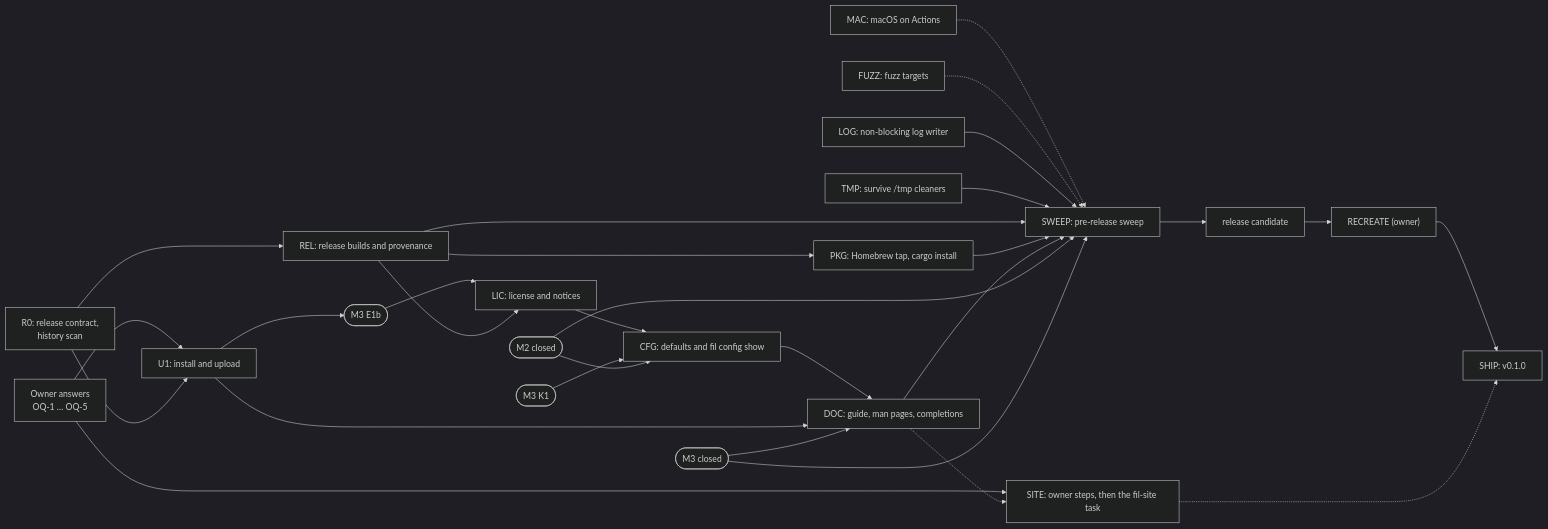
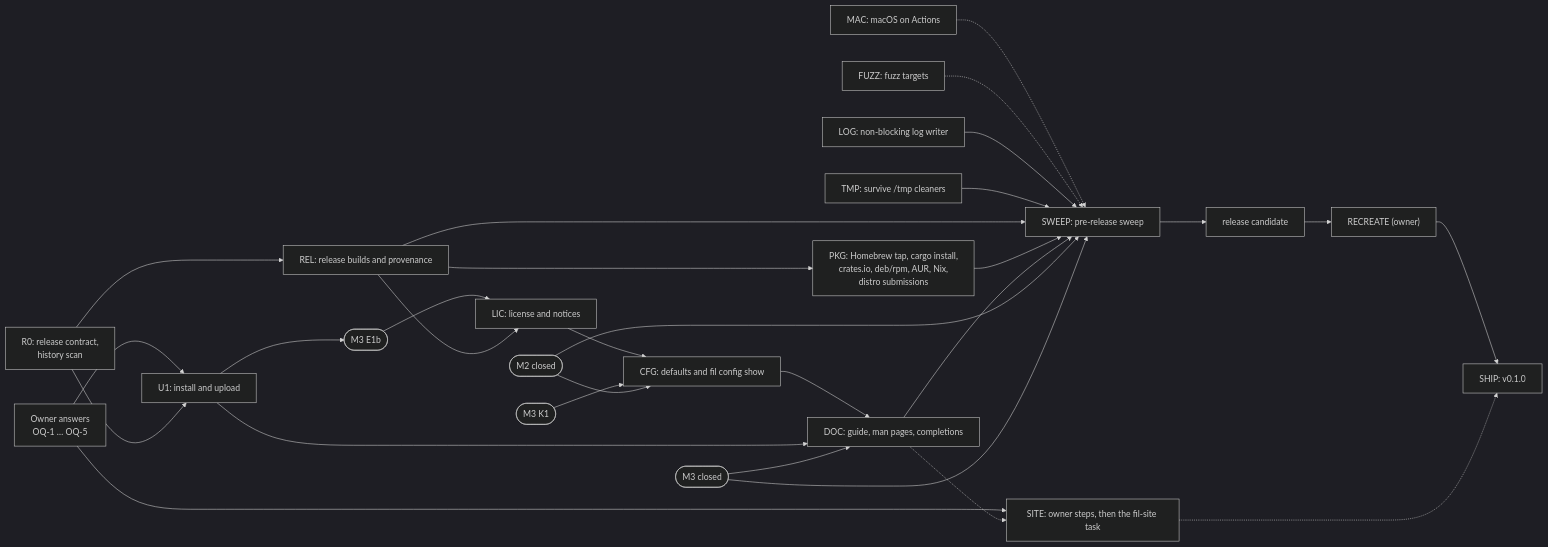
Before and after one commit to anthonytw/fil: the diagram in docs/m4/plan.md, drawn with Mermaid (dark theme). The commit also changed other lines of this file and 6 other files, not shown here.

````diff
--- a/docs/m4/plan.md
+++ b/docs/m4/plan.md
@@ -181,43 +181,43 @@
 ```mermaid
 %%{init: {"flowchart": {"wrappingWidth": 260}}}%%
 flowchart LR
   OQ["Owner answers<br/>OQ-1 … OQ-5"]
   R0["R0: release contract,<br/>history scan"]
   U1["U1: install and upload"]
   MAC["MAC: macOS on Actions"]
   REL["REL: release builds and provenance"]
   FUZZ["FUZZ: fuzz targets"]
   LOG["LOG: non-blocking log writer"]
   TMP["TMP: survive /tmp cleaners"]
   E1b(["M3 E1b"])
   K1(["M3 K1"])
   LIC["LIC: license and notices"]
-  PKG["PKG: Homebrew tap, cargo install"]
+  PKG["PKG: Homebrew tap, cargo install,<br/>crates.io, deb/rpm, AUR, Nix,<br/>distro submissions"]
   CFG["CFG: defaults and fil config show"]
   DOC["DOC: guide, man pages, completions"]
   M2C(["M2 closed"])
   M3C(["M3 closed"])
   SWEEP["SWEEP: pre-release sweep"]
   RC["release candidate"]
   RECREATE["RECREATE (owner)"]
   SHIP["SHIP: v0.1.0"]
   SITE["SITE: owner steps, then the fil-site task"]
 
   OQ --> U1
   R0 --> U1 & REL
   U1 --> E1b --> LIC --> CFG
   REL --> LIC & PKG
   K1 --> CFG
   M2C --> CFG
   CFG --> DOC
   U1 --> DOC
   M3C --> DOC
   MAC -.-> SWEEP
   FUZZ -.-> SWEEP
   LOG & TMP --> SWEEP
   REL & PKG & DOC & M2C & M3C --> SWEEP
   SWEEP --> RC --> RECREATE --> SHIP
   OQ --> SITE
   DOC -.-> SITE
   SITE -.-> SHIP
 ```
````
